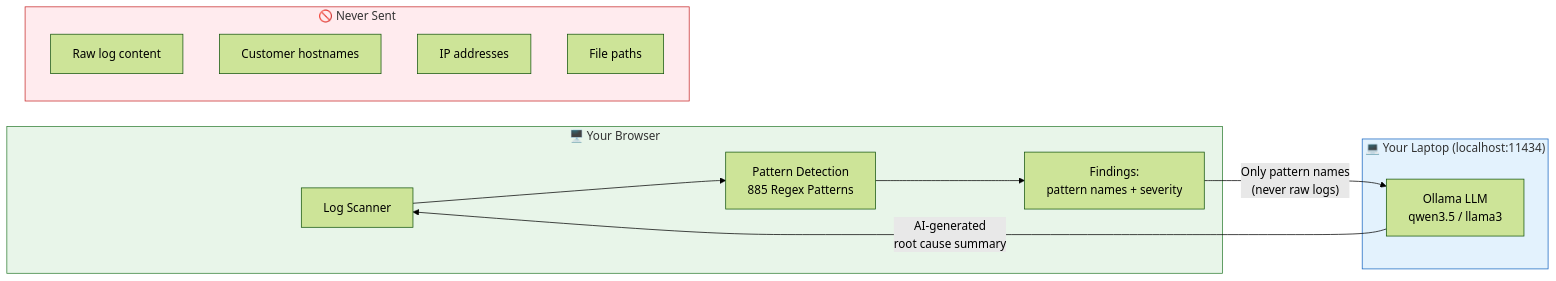
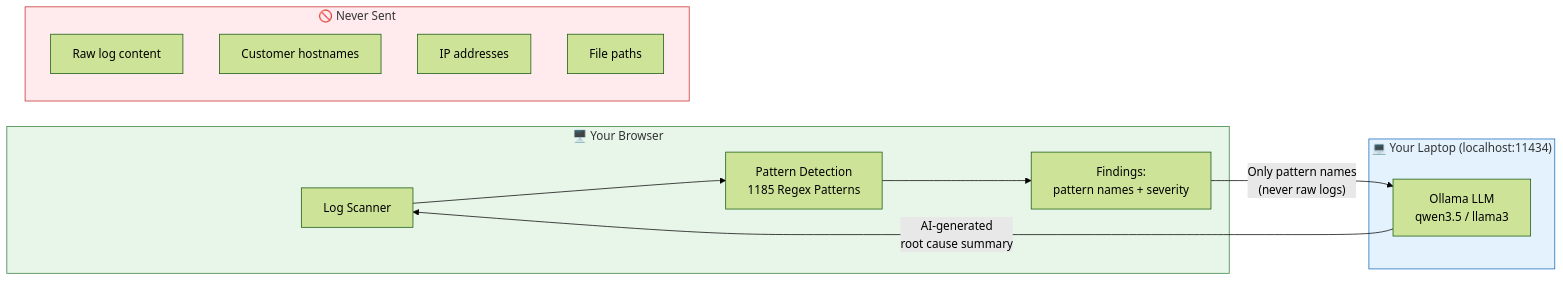
Before and after one commit to yadakrishna245/Log_analysis: diagram 14 of 17 in README.md, drawn with Mermaid (forest theme). The commit also changed other lines of this file and 7 other files, not shown here.

````diff
--- a/README.md
+++ b/README.md
@@ -1160,25 +1160,25 @@
 ```mermaid
 flowchart LR
     subgraph BROWSER["🖥️ Your Browser"]
-        A[Log Scanner] --> B[Pattern Detection<br/>885 Regex Patterns]
+        A[Log Scanner] --> B[Pattern Detection<br/>1185 Regex Patterns]
         B --> C[Findings:<br/>pattern names + severity]
     end
 
     subgraph LOCAL["💻 Your Laptop (localhost:11434)"]
         D[Ollama LLM<br/>qwen3.5 / llama3]
     end
 
     C -->|"Only pattern names<br/>(never raw logs)"| D
     D -->|"AI-generated<br/>root cause summary"| A
 
     subgraph NEVER["🚫 Never Sent"]
         E[Raw log content]
         F[Customer hostnames]
         G[IP addresses]
         H[File paths]
     end
 
     style BROWSER fill:#e8f5e9,stroke:#2e7d32
     style LOCAL fill:#e3f2fd,stroke:#1565c0
     style NEVER fill:#ffebee,stroke:#c62828
 ```
````
